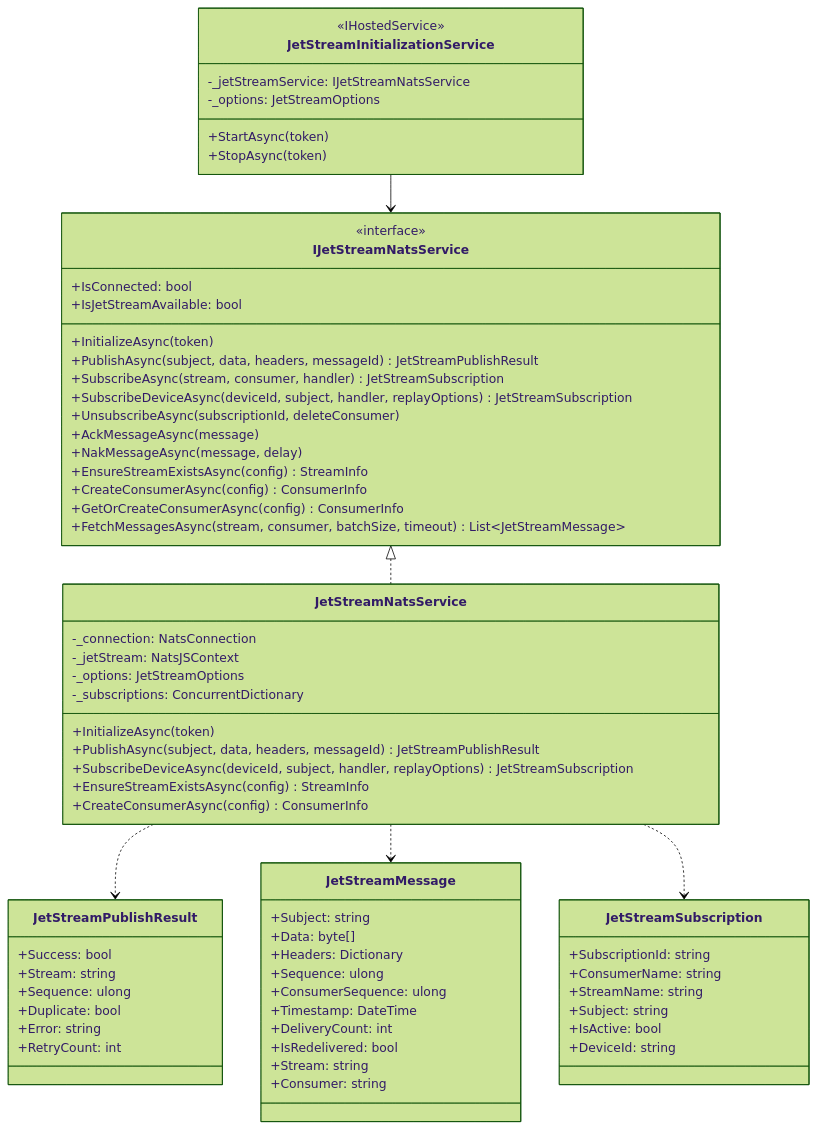
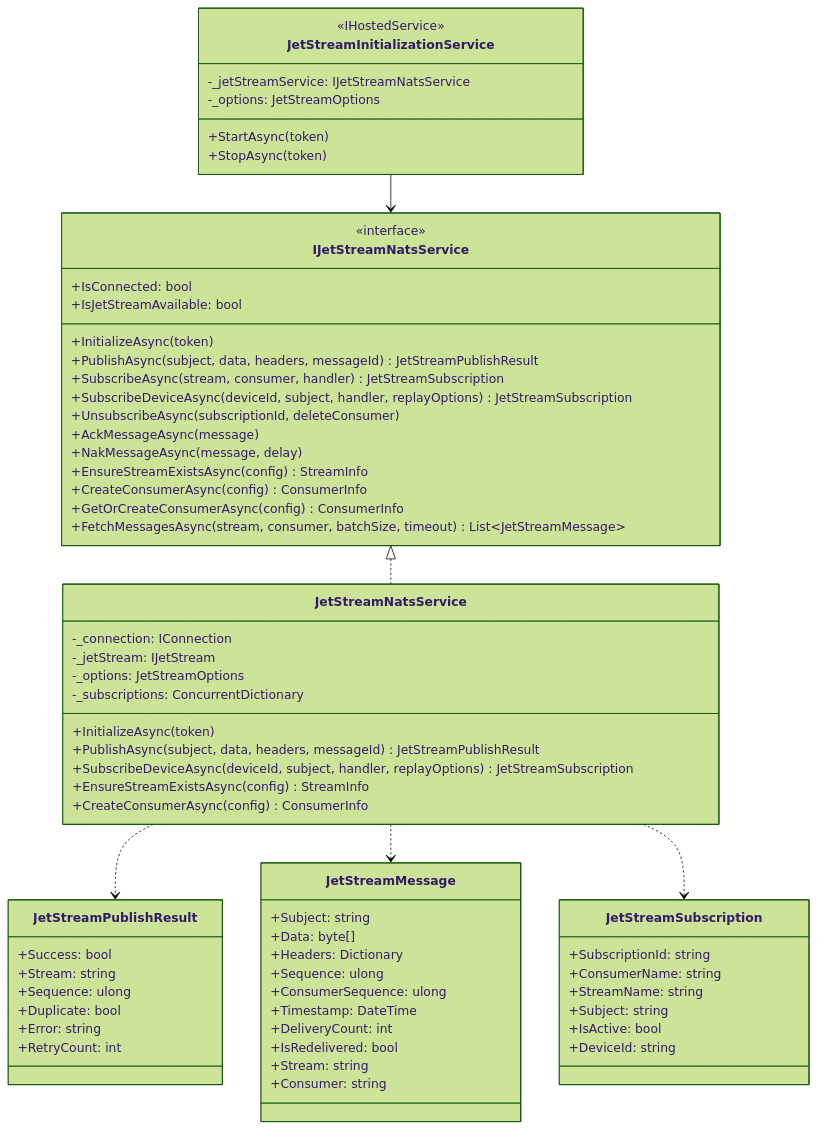
Before and after one commit to jtayl222/nats-websocket-bridge: the third of 9 diagrams in docs/diagrams/class-diagrams.md, drawn with Mermaid (forest theme). The commit also changed 4 other files, not shown here.

````diff
--- a/docs/diagrams/class-diagrams.md
+++ b/docs/diagrams/class-diagrams.md
@@ -114,76 +114,76 @@
 ```mermaid
 classDiagram
     class IJetStreamNatsService {
         <<interface>>
         +IsConnected: bool
         +IsJetStreamAvailable: bool
         +InitializeAsync(token)
         +PublishAsync(subject, data, headers, messageId) JetStreamPublishResult
         +SubscribeAsync(stream, consumer, handler) JetStreamSubscription
         +SubscribeDeviceAsync(deviceId, subject, handler, replayOptions) JetStreamSubscription
         +UnsubscribeAsync(subscriptionId, deleteConsumer)
         +AckMessageAsync(message)
         +NakMessageAsync(message, delay)
         +EnsureStreamExistsAsync(config) StreamInfo
         +CreateConsumerAsync(config) ConsumerInfo
         +GetOrCreateConsumerAsync(config) ConsumerInfo
         +FetchMessagesAsync(stream, consumer, batchSize, timeout) List~JetStreamMessage~
     }
 
     class JetStreamNatsService {
-        -_connection: NatsConnection
-        -_jetStream: NatsJSContext
+        -_connection: IConnection
+        -_jetStream: IJetStream
         -_options: JetStreamOptions
         -_subscriptions: ConcurrentDictionary
         +InitializeAsync(token)
         +PublishAsync(subject, data, headers, messageId) JetStreamPublishResult
         +SubscribeDeviceAsync(deviceId, subject, handler, replayOptions) JetStreamSubscription
         +EnsureStreamExistsAsync(config) StreamInfo
         +CreateConsumerAsync(config) ConsumerInfo
     }
 
     class JetStreamInitializationService {
         <<IHostedService>>
         -_jetStreamService: IJetStreamNatsService
         -_options: JetStreamOptions
         +StartAsync(token)
         +StopAsync(token)
     }
 
     class JetStreamPublishResult {
         +Success: bool
         +Stream: string
         +Sequence: ulong
         +Duplicate: bool
         +Error: string
         +RetryCount: int
     }
 
     class JetStreamMessage {
         +Subject: string
         +Data: byte[]
         +Headers: Dictionary
         +Sequence: ulong
         +ConsumerSequence: ulong
         +Timestamp: DateTime
         +DeliveryCount: int
         +IsRedelivered: bool
         +Stream: string
         +Consumer: string
     }
 
     class JetStreamSubscription {
         +SubscriptionId: string
         +ConsumerName: string
         +StreamName: string
         +Subject: string
         +IsActive: bool
         +DeviceId: string
     }
 
     IJetStreamNatsService <|.. JetStreamNatsService
     JetStreamInitializationService --> IJetStreamNatsService
     JetStreamNatsService ..> JetStreamPublishResult
     JetStreamNatsService ..> JetStreamMessage
     JetStreamNatsService ..> JetStreamSubscription
 ```
````
